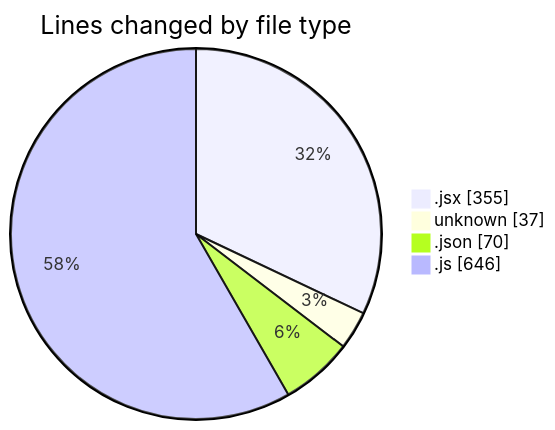
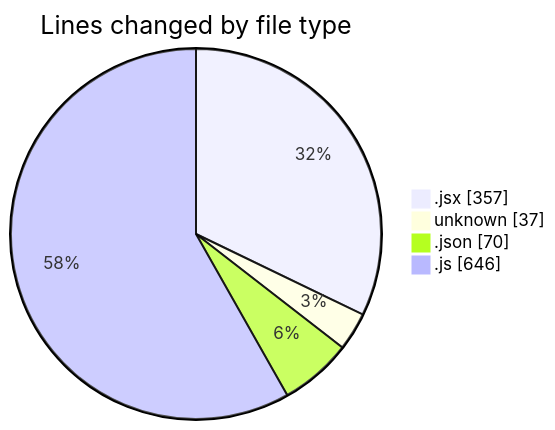
Before and after one commit to Elitesun/code-tracking: the first of 2 diagrams in 2025-02-08/react_ecom/README.md, drawn with Mermaid. The commit also changed other lines of this file and 1 other file, not shown here.

````diff
--- a/2025-02-08/react_ecom/README.md
+++ b/2025-02-08/react_ecom/README.md
@@ -24,8 +24,8 @@
 ```mermaid
 pie showData
 title Lines changed by file type
-".jsx" : 355
+".jsx" : 357
 "unknown" : 37
 ".json" : 70
 ".js" : 646
 ```
````
